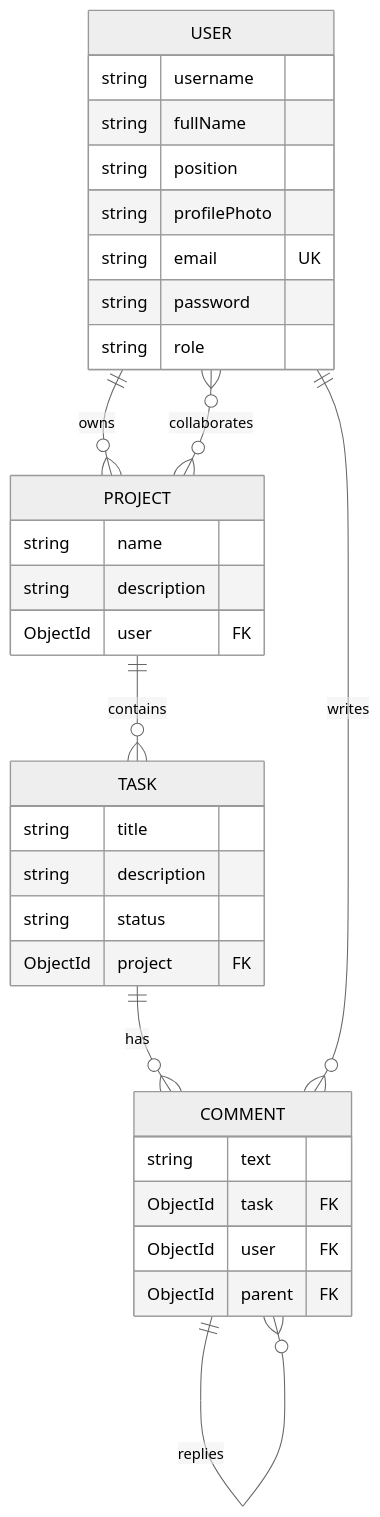
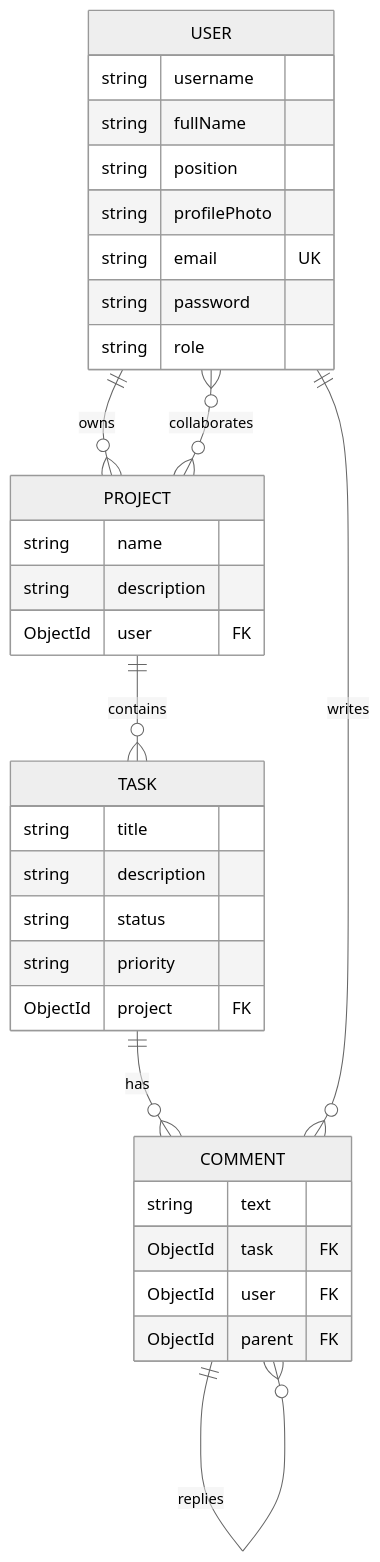
Before and after one commit to baldemoussa/Full-Stack-MERN-Application-Pro-Tasker: the first of 3 diagrams in DOCUMENTATION.md, drawn with Mermaid (neutral theme). The commit also changed other lines of this file and 9 other files, not shown here.

````diff
--- a/DOCUMENTATION.md
+++ b/DOCUMENTATION.md
@@ -205,35 +206,36 @@
 ```mermaid
 erDiagram
   USER ||--o{ PROJECT : owns
   USER }o--o{ PROJECT : collaborates
   PROJECT ||--o{ TASK : contains
   TASK ||--o{ COMMENT : has
   USER ||--o{ COMMENT : writes
   COMMENT ||--o{ COMMENT : replies
   USER {
     string username
     string fullName
     string position
     string profilePhoto
     string email UK
     string password
     string role
   }
   PROJECT {
     string name
     string description
     ObjectId user FK
   }
   TASK {
     string title
     string description
     string status
+    string priority
     ObjectId project FK
   }
   COMMENT {
     string text
     ObjectId task FK
     ObjectId user FK
     ObjectId parent FK
   }
 ```
````
